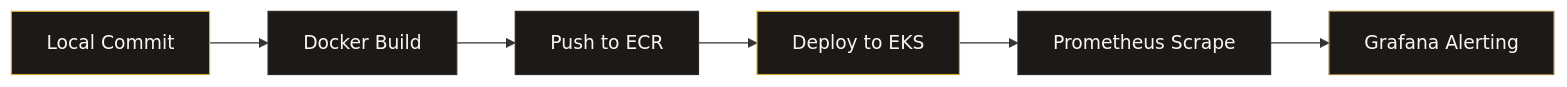
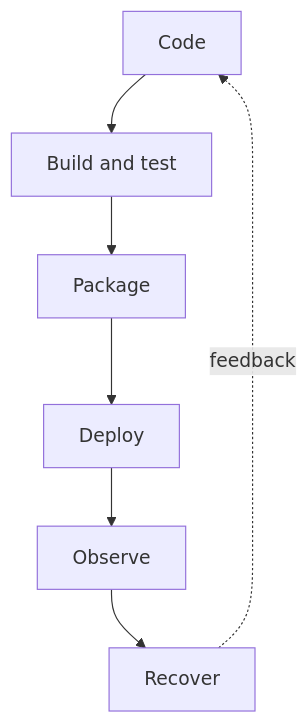
The diagram in README.md (darshsoam07/darshsoam07), drawn with Mermaid before and after one commit. The commit also changed other lines of this file and 4 other files, not shown here.

````diff
--- a/README.md
+++ b/README.md
@@ -62,15 +49,9 @@
 ```mermaid
-flowchart LR
-    A[Local Commit] --> B[Docker Build]
-    B --> C[Push to ECR]
-    C --> D[Deploy to EKS]
-    D --> E[Prometheus Scrape]
-    E --> F[Grafana Alerting]
-
-    style A fill:#1C1917,stroke:#D4AF37,stroke-width:1px,color:#FAF7F2
-    style B fill:#1C1917,stroke:#2E2A27,stroke-width:1px,color:#FAF7F2
-    style C fill:#1C1917,stroke:#2E2A27,stroke-width:1px,color:#FAF7F2
-    style D fill:#1C1917,stroke:#D4AF37,stroke-width:1px,color:#FAF7F2
-    style E fill:#1C1917,stroke:#2E2A27,stroke-width:1px,color:#FAF7F2
-    style F fill:#1C1917,stroke:#997A3A,stroke-width:1px,color:#FAF7F2
+flowchart TD
+    A[Code] --> B[Build and test]
+    B --> C[Package]
+    C --> D[Deploy]
+    D --> E[Observe]
+    E --> F[Recover]
+    F -. feedback .-> A
 ```
````
